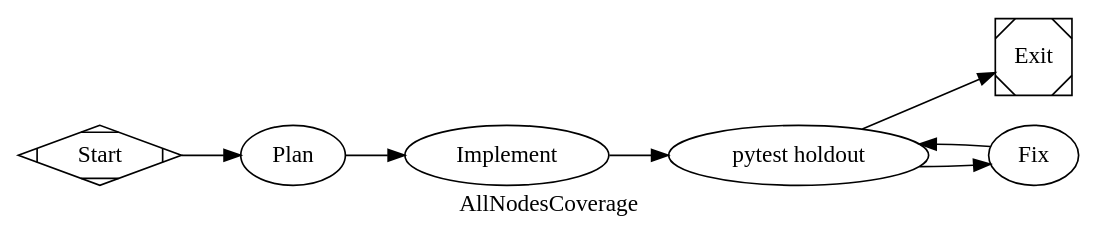
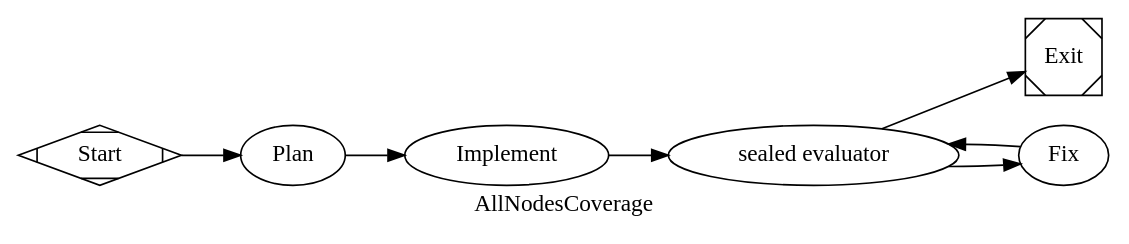
The diagram in benchmarks/all-nodes-coverage/pipeline.dot (jleechanorg/dark-factory), drawn with Graphviz before and after one commit. The commit also changed 32 other files, not shown here.

```diff
--- a/benchmarks/all-nodes-coverage/pipeline.dot
+++ b/benchmarks/all-nodes-coverage/pipeline.dot
@@ -1,34 +1,31 @@
 digraph roman_benchmark {
     graph [
-        goal="Implement to_roman per the inlined spec; verify against the sealed _holdout/ test suite."
+        goal="Implement to_roman per the inlined spec; verify against the sealed evaluator."
         label="AllNodesCoverage"
     ]
     rankdir=LR
 
     start [shape=Mdiamond, label="Start"]
     exit  [shape=Msquare,  label="Exit"]
 
     plan      [type="codergen", label="Plan",      prompt="@benchmarks/all-nodes-coverage/prompts/plan.md"]
     implement [type="codergen", label="Implement", prompt="@benchmarks/all-nodes-coverage/prompts/implement.md"]
 
-    // verify is a `tool` node opting into validation behaviour. On success
-    // it clears `_unresolved_failure` so the exit node can report `success`
-    // even after a prior verify -> fix loop. The cp + pytest happens inside
-    // the AO worker's worktree (cwd resolves via ${state.ao.worktree}).
-    // The _holdout/ fixtures come from this benchmark dir, NOT the worker's
-    // worktree -- the worker never sees the test source on disk during the
-    // plan/implement turns. They are copied in only at verify time.
-    verify [type="tool",
-            label="pytest holdout",
+    // verify is a sealed evaluator node opting into validation behaviour. On
+    // success it clears `_unresolved_failure` so the exit node can report
+    // `success` even after a prior verify -> fix loop. The implementation path
+    // resolves to the AO worker's worktree when AO is used, otherwise ctx.workdir.
+    verify [type="holdout_eval",
+            label="sealed evaluator",
             validation="true",
-            command="bash -c 'mkdir -p df_demo3/_holdout && cp -R /Users/jleechan/projects/dark-factory/benchmarks/all-nodes-coverage/_holdout/. df_demo3/_holdout/ && pytest df_demo3/_holdout/ -q --tb=short'",
-            cwd="${state.ao.worktree}",
+            feature="roman",
+            implementation="${state.ao.worktree}",
             timeout="180"]
 
     fix [type="codergen", label="Fix", prompt="@benchmarks/all-nodes-coverage/prompts/fix.md", max_visits="3"]
 
     start -> plan -> implement -> verify
     verify -> exit [condition="outcome=success"]
     verify -> fix  [condition="outcome!=success"]
     fix    -> verify
 }
```
